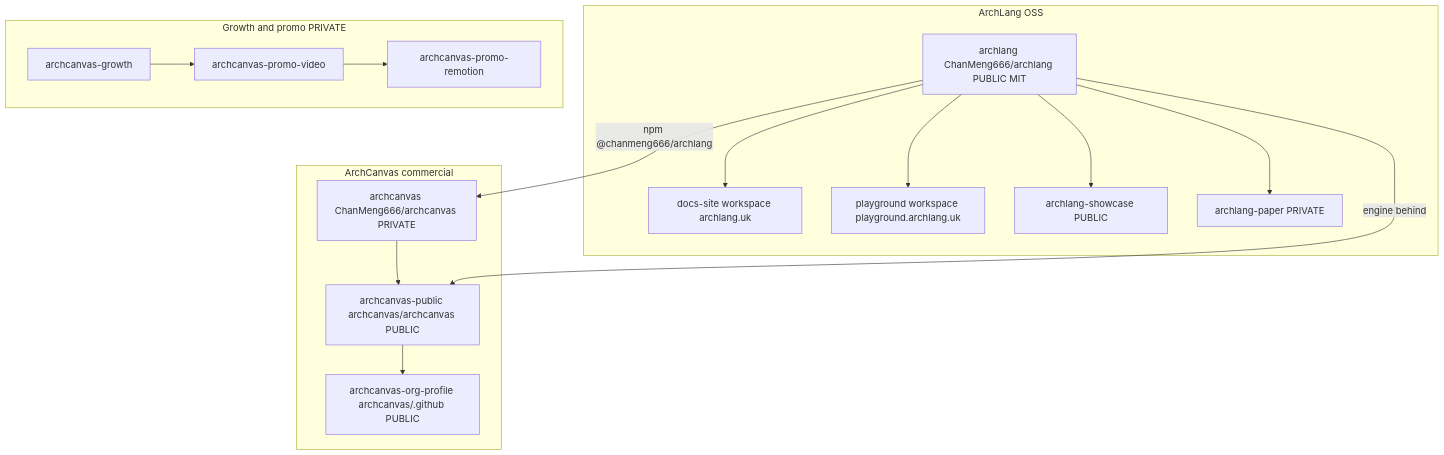
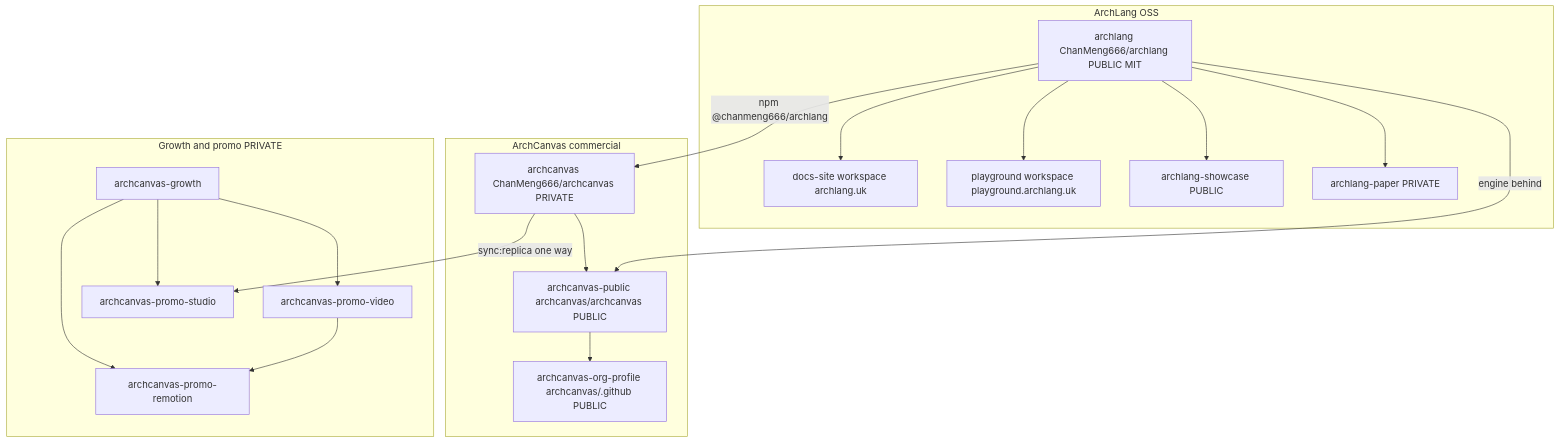
Before and after one commit to ChanMeng666/ChanMeng666: the diagram in docs/ecosystem/archlang-archcanvas.md, drawn with Mermaid. The commit also changed other lines of this file and 1 other file, not shown here.

First line of the commit message:
docs(ecosystem): wire archcanvas-promo-studio into the topology

````diff
--- a/docs/ecosystem/archlang-archcanvas.md
+++ b/docs/ecosystem/archlang-archcanvas.md
@@ -39,33 +39,37 @@
 ```mermaid
 flowchart TB
   subgraph language [ArchLang OSS]
     archlang["archlang ChanMeng666/archlang PUBLIC MIT"]
     docsSite["docs-site workspace archlang.uk"]
     playground["playground workspace playground.archlang.uk"]
     showcase["archlang-showcase PUBLIC"]
     paper["archlang-paper PRIVATE"]
     archlang --> docsSite
     archlang --> playground
     archlang --> showcase
     archlang --> paper
   end
 
   subgraph product [ArchCanvas commercial]
     app["archcanvas ChanMeng666/archcanvas PRIVATE"]
     publicFace["archcanvas-public archcanvas/archcanvas PUBLIC"]
     orgProfile["archcanvas-org-profile archcanvas/.github PUBLIC"]
     app --> publicFace
     publicFace --> orgProfile
   end
 
   subgraph support [Growth and promo PRIVATE]
     growth["archcanvas-growth"]
     promoVideo["archcanvas-promo-video"]
     promoRemotion["archcanvas-promo-remotion"]
+    promoStudio["archcanvas-promo-studio"]
     growth --> promoVideo
+    growth --> promoRemotion
+    growth --> promoStudio
     promoVideo --> promoRemotion
   end
 
   archlang -->|"npm @chanmeng666/archlang"| app
   archlang -->|"engine behind"| publicFace
+  app -->|"sync:replica one way"| promoStudio
 ```
````
